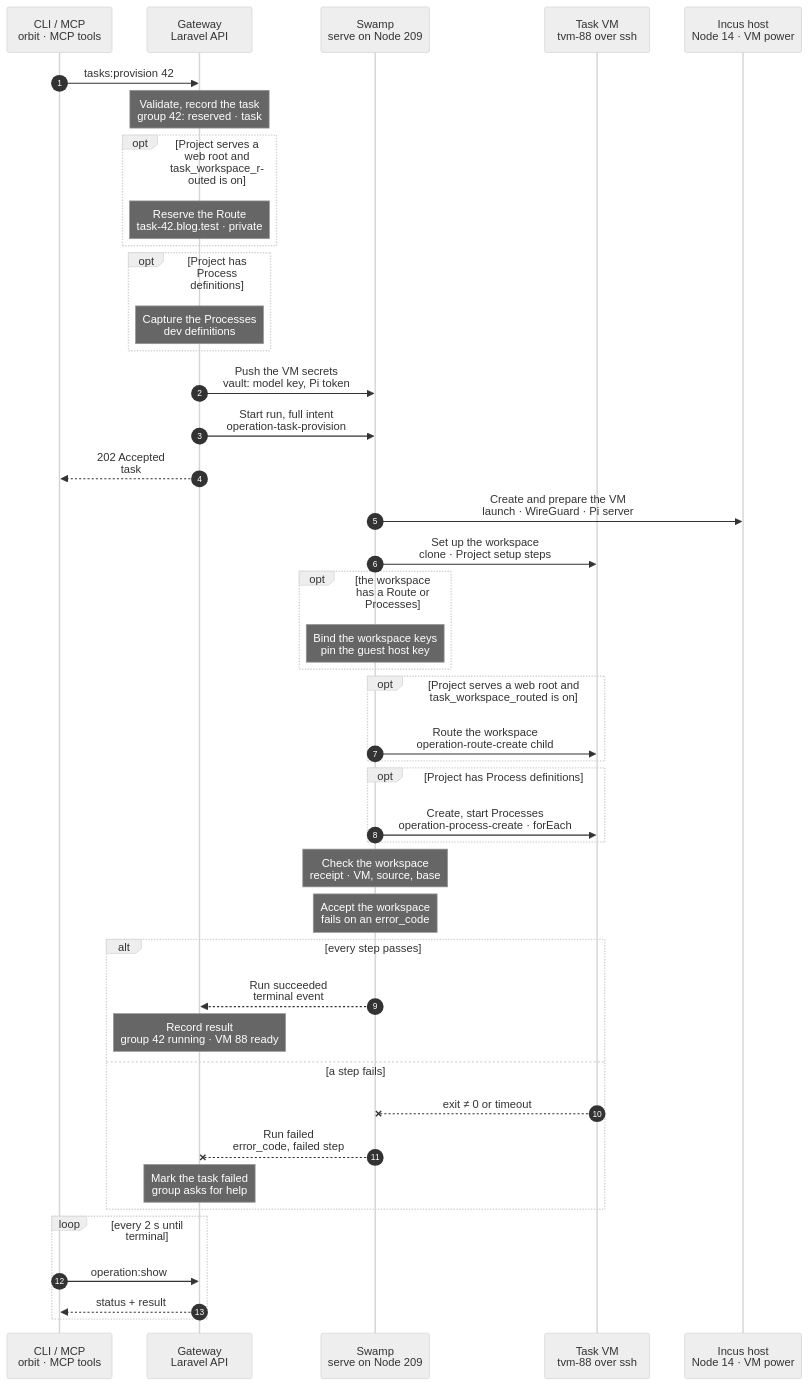
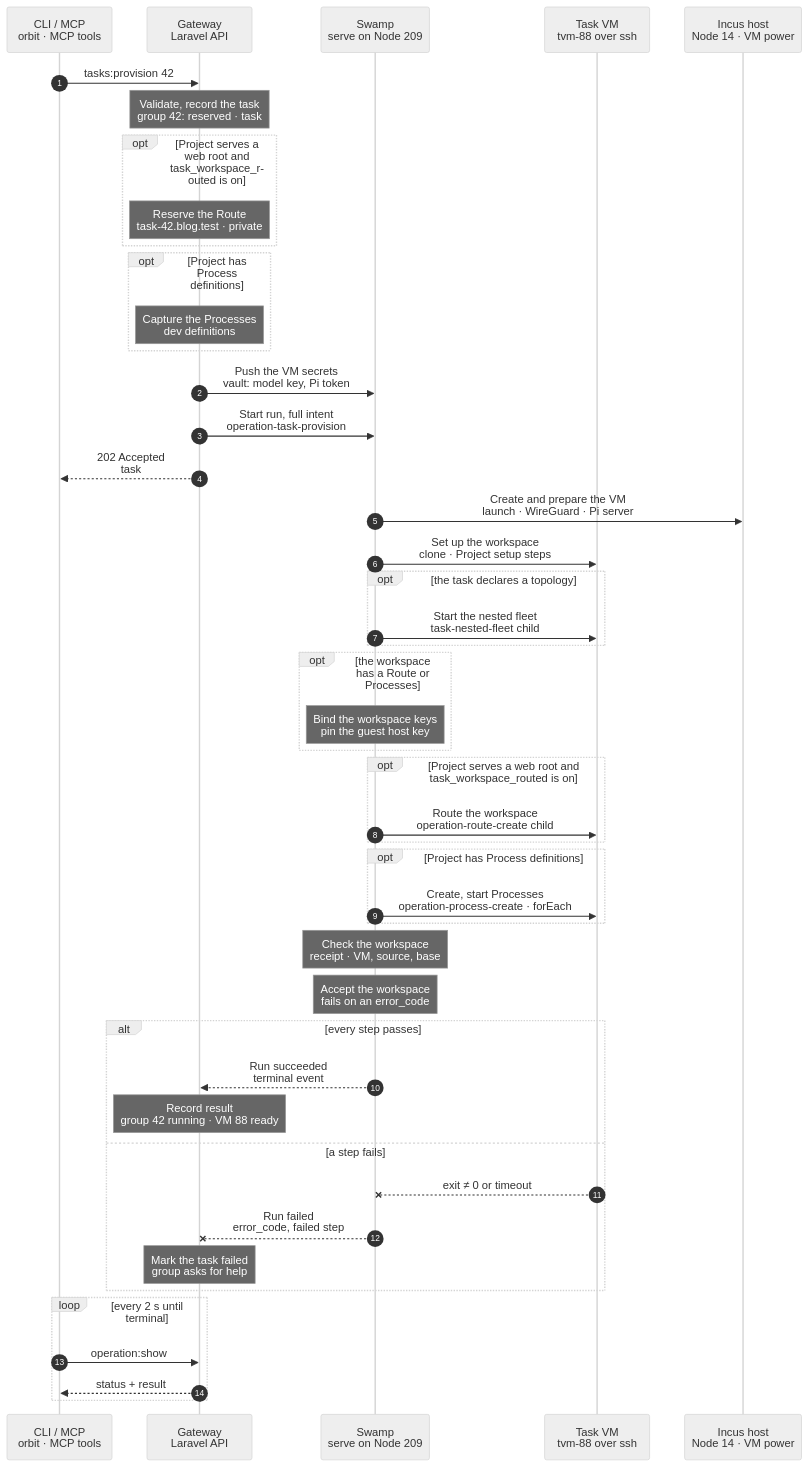
One commit to hardimpactdev/orbit changed the diagram in docs/cli/tasks/provision.mmd. Above: the diagram before and after it, drawn with Mermaid (neutral theme). The commit also changed 7 other files, not shown here.

First line of the commit message:
Start the nested fleet from the ready copies and join as operator (stage 2, part 1)

```diff
--- a/docs/cli/tasks/provision.mmd
+++ b/docs/cli/tasks/provision.mmd
@@ -1,68 +1,79 @@
 sequenceDiagram
   %% Target design: ADR 0244 (a task group is one root task; Pi turns use the pi driver), Recall swamp-tasks-swamp-orchestrates-pi + task-vms-swamp-via-ssh, DECISIONS R1-R4.
   %% Tightened: flow-tighten 2026-11-02, rule 22. Cut 2026-11-02 (orchestrator): provision creates the VM and the workspace only; the group-run driver composes tasks.check, tasks.turn, tasks.publish, tasks.park and tasks.cancel.
   %% Reviewed: Nick 2026-11-03 (P1): the workspace gets the Project's Route and Processes through the same children as instance:create; rules 23 and 25. What it covers, capacity and image fallback are on the docs page.
   %% status: reviewed
   %% command: tasks:provision
   %% kind: tasks.provision
   autonumber
   %% lane CLI icon=terminal pill=caller tone=gray
   %% lane GW icon=gateway pill=intent tone=blue
   %% lane SW icon=workflow pill=executes tone=green
   %% lane VM icon=server pill=target tone=amber
   %% lane H icon=server pill=target tone=purple
   participant CLI as CLI / MCP<br/>orbit · MCP tools
   participant GW as Gateway<br/>Laravel API
   participant SW as Swamp<br/>serve on Node 209
   participant VM as Task VM<br/>tvm-88 over ssh
   participant H as Incus host<br/>Node 14 · VM power
   CLI->>GW: tasks:provision 42
   Note over GW: Validate, record the task<br/>group 42: reserved · task #5140
   %%> When it waits:
   %%> - no host has room or a usable image: the task waits (`capacity`) and starts when a VM is destroyed or an image is promoted
   opt Project serves a web root and task_workspace_routed is on
     Note over GW: Reserve the Route<br/>task-42.blog.test · private
     %%> Why first:
     %%> - the Route changes how Process units render; capturing Processes after it keeps admission and dispatch identical
   end
   opt Project has Process definitions
     Note over GW: Capture the Processes<br/>dev definitions
   end
   GW->>SW: Push the VM secrets<br/>vault: model key, Pi token
   %%> Why:
   %%> - secrets go Gateway → vault → step; the run inputs hold only vault key names
   GW->>SW: Start run, full intent<br/>operation-task-provision
   GW-->>CLI: 202 Accepted<br/>task #5140
   SW->>H: Create and prepare the VM<br/>launch · WireGuard · Pi server
   SW->>VM: Set up the workspace<br/>clone · Project setup steps
   %%> Why redacted:
   %%> - setup output stays on the VM; only a redacted 4 KiB tail reaches history
+  opt the task declares a topology
+    SW->>VM: Start the nested fleet<br/>task-nested-fleet child
+    %%> What it does:
+    %%> - creates the nested network from the subnet that the ready copies of the seed store, copies the three ready copies, gives each its stored MAC and address, and starts them
+    %%> - joins as operator: the VM makes its own WireGuard key, writes the public key into the nested Gateway's operator record with `incus exec`, puts it on the hub and brings up `wg-nested` as 10.45.0.10
+    %%> - pushes the proof Swamp Club key from the VM into the nested Gateway and restarts its Swamp
+    %%> Why:
+    %%> - the task owns the network and the three VMs; it needs no earlier fleet and no state from another VM (stage 2 of the command development pipeline)
+    %%> Not built yet in this step:
+    %%> - the NFS mount of the checkout, the apply step, the readiness check and the `base` snapshot
+  end
   opt the workspace has a Route or Processes
     Note over SW: Bind the workspace keys<br/>pin the guest host key
     %%> Why:
     %%> - the guest's host key exists only after the VM step pins it; the Gateway leaves only the guest's targets unpinned
   end
   opt Project serves a web root and task_workspace_routed is on
     SW->>VM: Route the workspace<br/>operation-route-create child
     %%> Why a child:
     %%> - the same Route child instance:create runs; its signing authorizes against this root run
   end
   opt Project has Process definitions
     SW->>VM: Create, start Processes<br/>operation-process-create · forEach
   end
   Note over SW: Check the workspace<br/>receipt · VM, source, base
   Note over SW: Accept the workspace<br/>fails on an error_code
   alt every step passes
     SW-->>GW: Run succeeded<br/>terminal event
     Note over GW: Record result<br/>group 42 running · VM 88 ready
   else a step fails
     VM--xSW: exit ≠ 0 or timeout
     SW--xGW: Run failed<br/>error_code, failed step
     Note over GW: Mark the task failed<br/>group asks for help
     %%> On the VM:
     %%> - VM 88 and its checkout stay; there is no rollback; `tasks:cancel 42` ends the group and removes the VM
   end
   loop every 2 s until terminal
     CLI->>GW: operation:show #5140
     GW-->>CLI: status + result
   end
```
